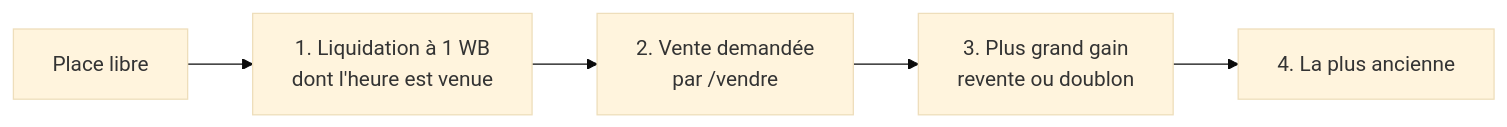
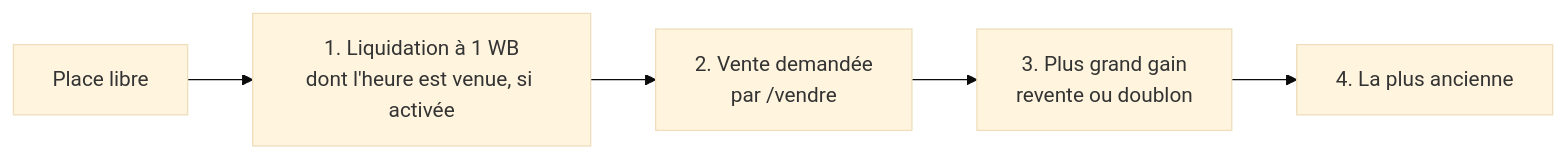
One commit to MaKSiiMe/WikiMastered changed the fifth of 8 diagrams in docs/FONCTIONNEMENT.md. Above: the diagram before and after it, drawn with Mermaid (base theme). The commit also changed other lines of this file and 14 other files, not shown here.

````diff
--- a/docs/FONCTIONNEMENT.md
+++ b/docs/FONCTIONNEMENT.md
@@ -148,7 +150,7 @@
 ```mermaid
 flowchart LR
-    P["Place libre"] --> A["1. Liquidation à 1 WB<br/>dont l'heure est venue"]
+    P["Place libre"] --> A["1. Liquidation à 1 WB<br/>dont l'heure est venue, si activée"]
     A --> V["2. Vente demandée<br/>par /vendre"]
     V --> B["3. Plus grand gain<br/>revente ou doublon"]
     B --> C["4. La plus ancienne"]
 ```
````
